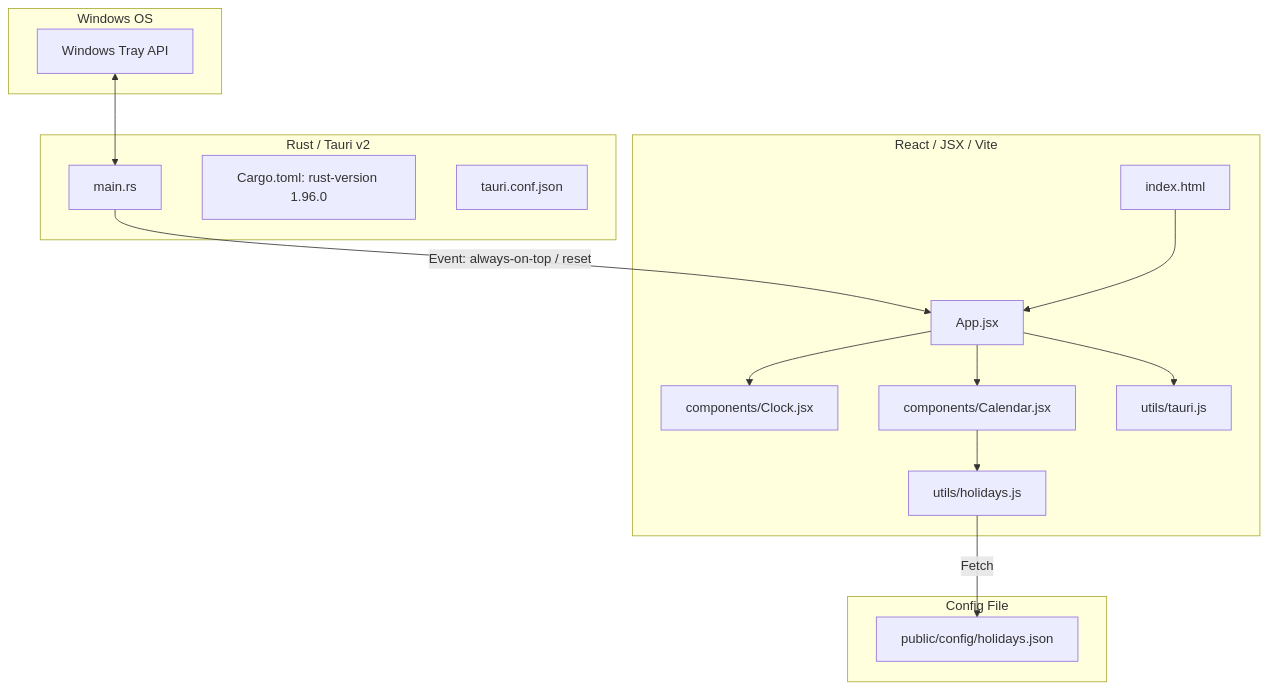
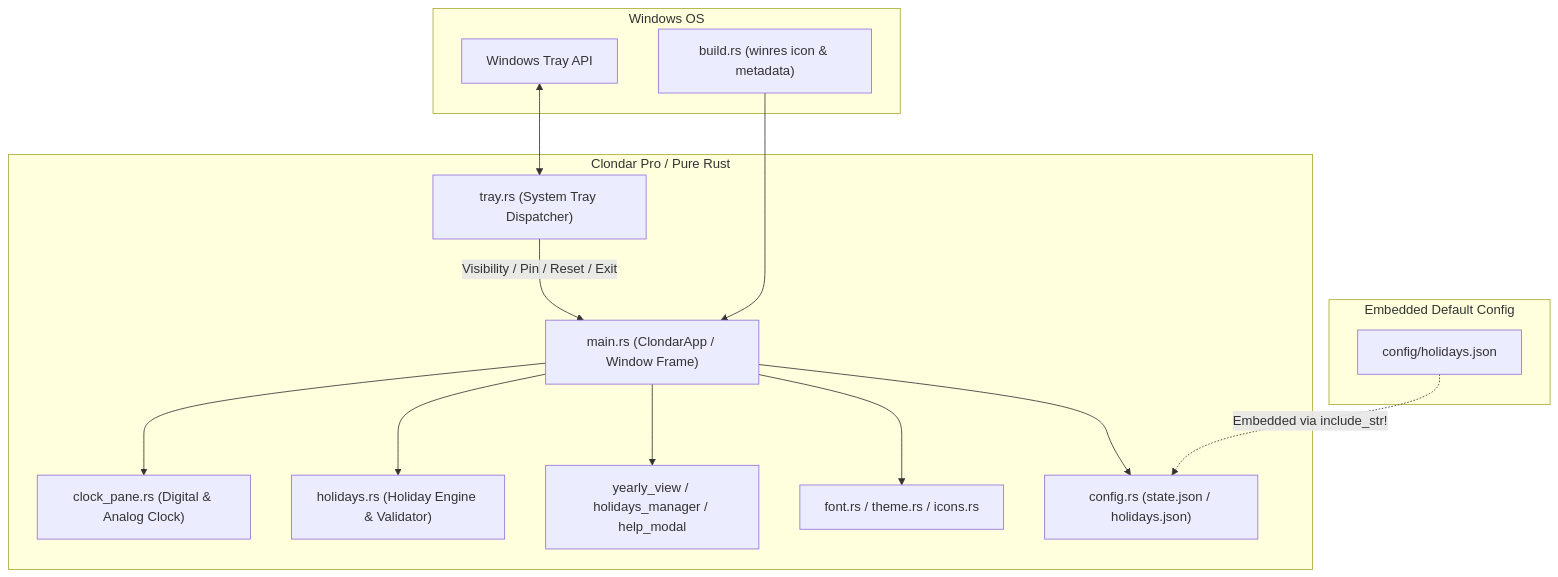
One commit to tkshnkgwr/clondar changed the diagram in docs/en/DEVELOPMENT.md. Above: the diagram before and after it, drawn with Mermaid. The commit also changed other lines of this file and 134 other files, not shown here.

Commit message:
chore: Pure Rust (egui + glow) 正式版 v2.0.0 へ移行およびリリース・ドキュメント整備

````diff
--- a/docs/en/DEVELOPMENT.md
+++ b/docs/en/DEVELOPMENT.md
@@ -13,34 +13,31 @@
 ```mermaid
 graph TD
     subgraph OS [Windows OS]
-        TrayAPI[Windows Tray API]
+        TrayAPI["Windows Tray API"]
+        WinRes["build.rs (winres icon & metadata)"]
     end
 
-    subgraph Backend [Rust / Tauri v2]
-        MainRS[main.rs]
-        Cargo[Cargo.toml: rust-version 1.96.0]
-        Conf[tauri.conf.json]
+    subgraph App [Clondar Pro / Pure Rust]
+        MainRS["main.rs (ClondarApp / Window Frame)"]
+        ClockRS["clock_pane.rs (Digital & Analog Clock)"]
+        HolidaysRS["holidays.rs (Holiday Engine & Validator)"]
+        ModalsRS["yearly_view / holidays_manager / help_modal"]
+        TrayRS["tray.rs (System Tray Dispatcher)"]
+        FontTheme["font.rs / theme.rs / icons.rs"]
+        ConfigRS["config.rs (state.json / holidays.json)"]
     end
 
-    subgraph Frontend [React / JSX / Vite]
-        HTML[index.html]
-        AppJSX[App.jsx]
-        ClockJSX[components/Clock.jsx]
-        CalendarJSX[components/Calendar.jsx]
-        HolidaysJS[utils/holidays.js]
-        TauriJS[utils/tauri.js]
+    subgraph BuiltinConfig [Embedded Default Config]
+        HolidaysJSON["config/holidays.json"]
     end
 
-    subgraph Config [Config File]
-        HolidaysJSON[public/config/holidays.json]
-    end
-
-    TrayAPI <--> MainRS
-    MainRS -- Event: always-on-top / reset --> AppJSX
-    HTML --> AppJSX
-    AppJSX --> ClockJSX
-    AppJSX --> CalendarJSX
-    CalendarJSX --> HolidaysJS
-    HolidaysJS -- Fetch --> HolidaysJSON
-    AppJSX --> TauriJS
+    TrayAPI <--> TrayRS
+    TrayRS -->|"Visibility / Pin / Reset / Exit"| MainRS
+    WinRes --> MainRS
+    MainRS --> ClockRS
+    MainRS --> HolidaysRS
+    MainRS --> ModalsRS
+    MainRS --> FontTheme
+    MainRS --> ConfigRS
+    HolidaysJSON -.->|"Embedded via include_str!"| ConfigRS
 ```
````
